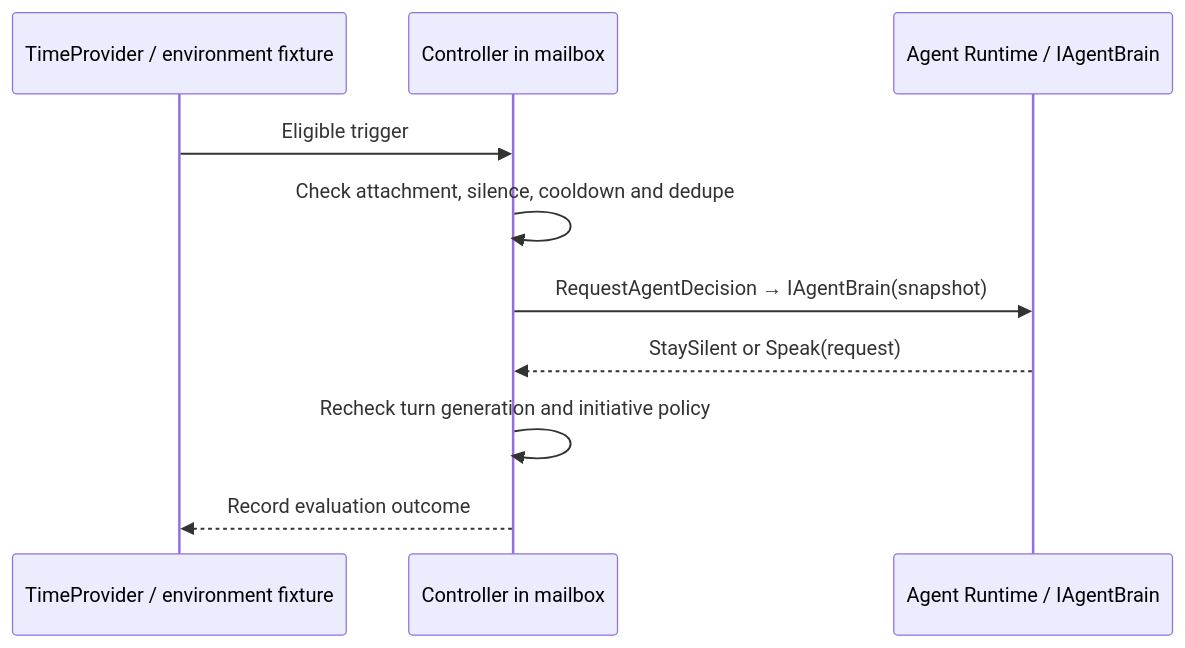
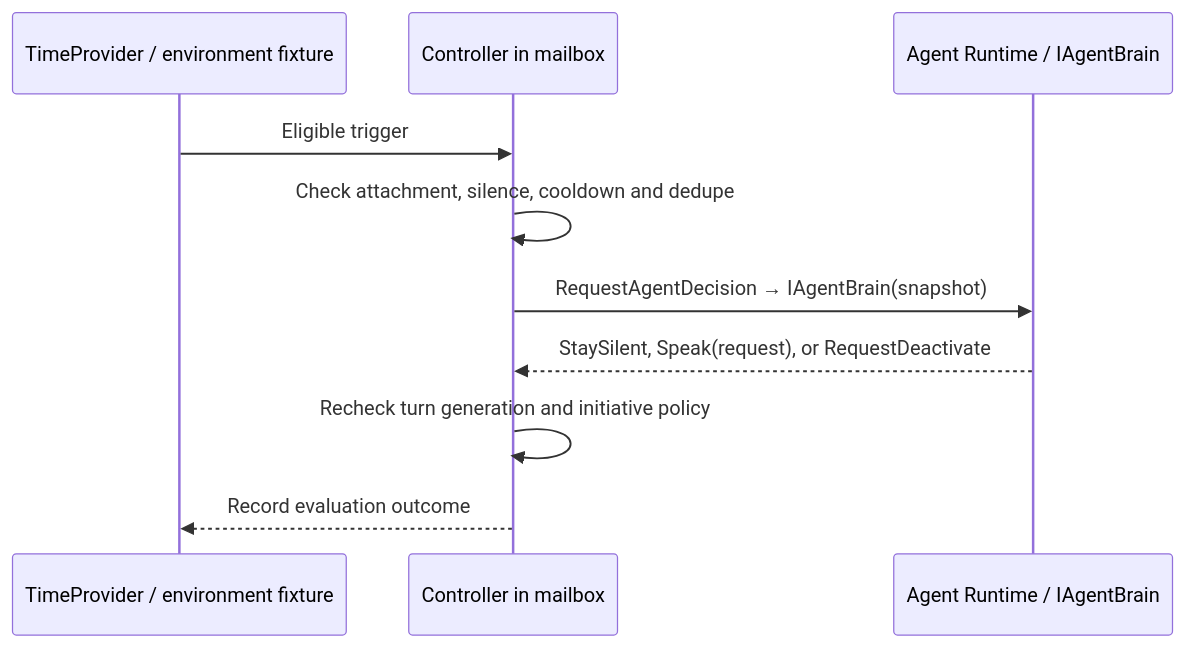
The third of 3 diagrams in docs/05-interaction-controller.md (trannamtrung1st/agent-core), drawn with Mermaid before and after one commit. The commit also changed other lines of this file and 150 other files, not shown here.

````diff
--- a/docs/05-interaction-controller.md
+++ b/docs/05-interaction-controller.md
@@ -144,12 +144,12 @@
 ```mermaid
 sequenceDiagram
     participant T as TimeProvider / environment fixture
     participant C as Controller in mailbox
     participant A as Agent Runtime / IAgentBrain
     T->>C: Eligible trigger
     C->>C: Check attachment, silence, cooldown and dedupe
     C->>A: RequestAgentDecision → IAgentBrain(snapshot)
-    A-->>C: StaySilent or Speak(request)
+    A-->>C: StaySilent, Speak(request), or RequestDeactivate
     C->>C: Recheck turn generation and initiative policy
     C-->>T: Record evaluation outcome
 ```
````
